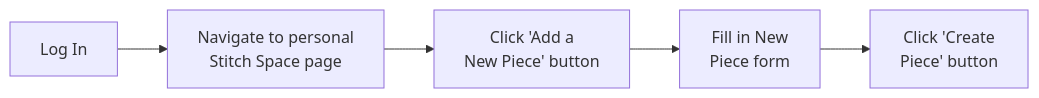
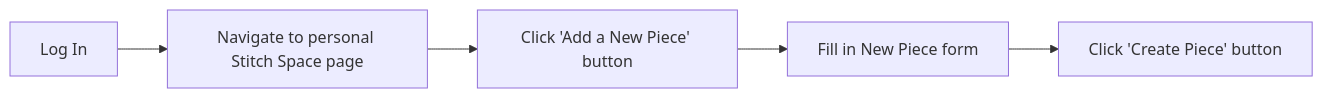
The second of 6 diagrams in README.md (EvitaKnits/stitch-space), drawn with Mermaid before and after one commit. The commit also changed other lines of this file and 19 other files, not shown here.

````diff
--- a/README.md
+++ b/README.md
@@ -126,7 +128,7 @@
 ```mermaid
 flowchart LR
-    A[Log In] --> B[Navigate to personal \n Stitch Space page]
-    B --> C[Click 'Add a \nNew Piece' button]
-    C --> D[Fill in New\n Piece form]
-    D --> E[Click 'Create \n Piece' button]
+    A[Log In] --> B[Navigate to personal Stitch Space page]
+    B --> C[Click 'Add a New Piece' button]
+    C --> D[Fill in New Piece form]
+    D --> E[Click 'Create Piece' button]
 ```
````
